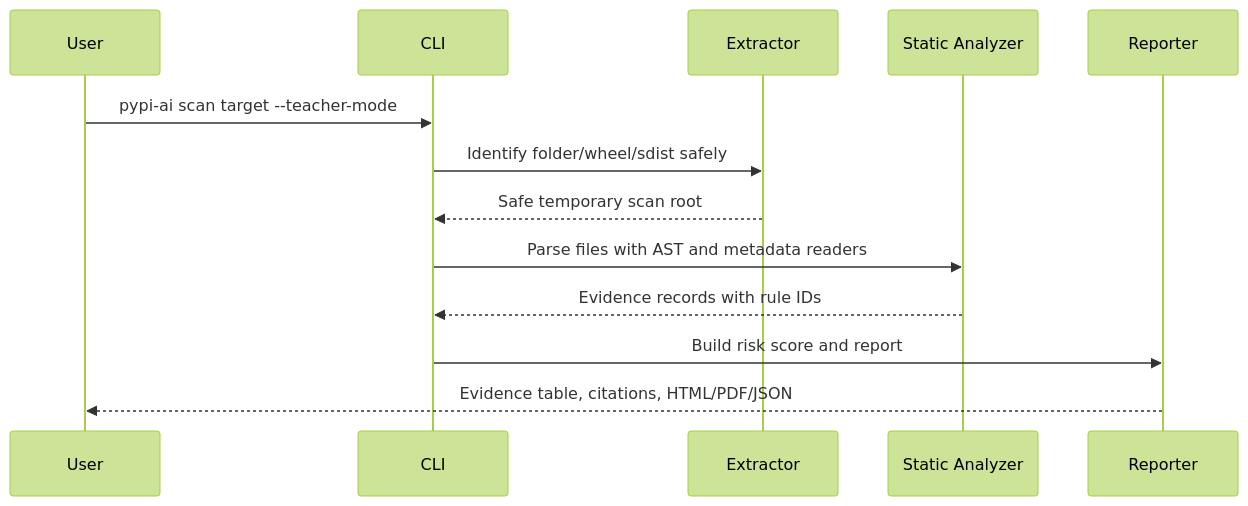
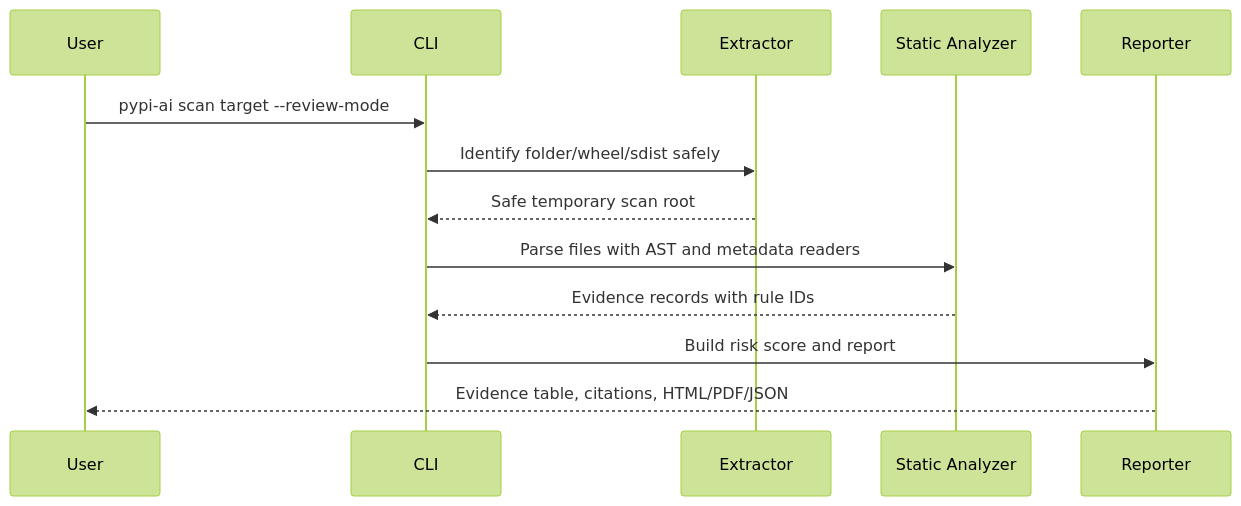
One commit to Vasanthadithya-mundrathi/PyPI-AI changed the second of 5 diagrams in docs/DEFENSE_GUIDE.md. Above: the diagram before and after it, drawn with Mermaid (forest theme). The commit also changed other lines of this file and 21 other files, not shown here.

````diff
--- a/docs/DEFENSE_GUIDE.md
+++ b/docs/DEFENSE_GUIDE.md
@@ -64,15 +64,15 @@
 ```mermaid
 sequenceDiagram
     participant U as User
     participant C as CLI
     participant E as Extractor
     participant S as Static Analyzer
     participant R as Reporter
-    U->>C: pypi-ai scan target --teacher-mode
+    U->>C: pypi-ai scan target --review-mode
     C->>E: Identify folder/wheel/sdist safely
     E-->>C: Safe temporary scan root
     C->>S: Parse files with AST and metadata readers
     S-->>C: Evidence records with rule IDs
     C->>R: Build risk score and report
     R-->>U: Evidence table, citations, HTML/PDF/JSON
 ```
````
